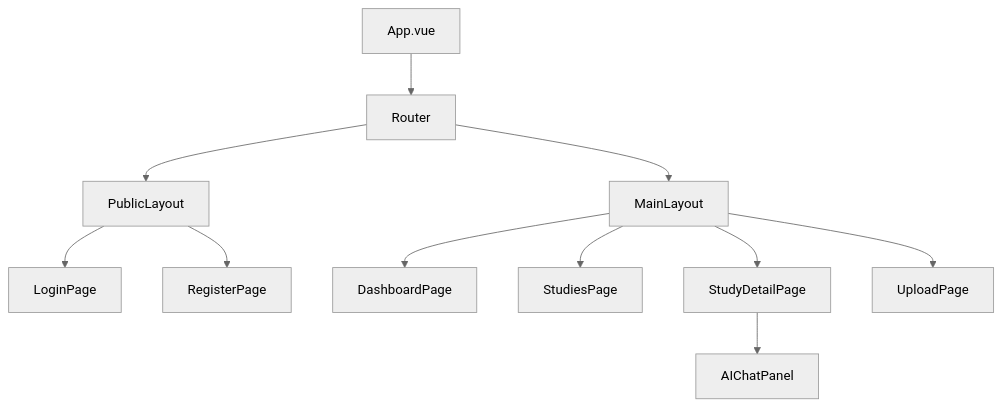
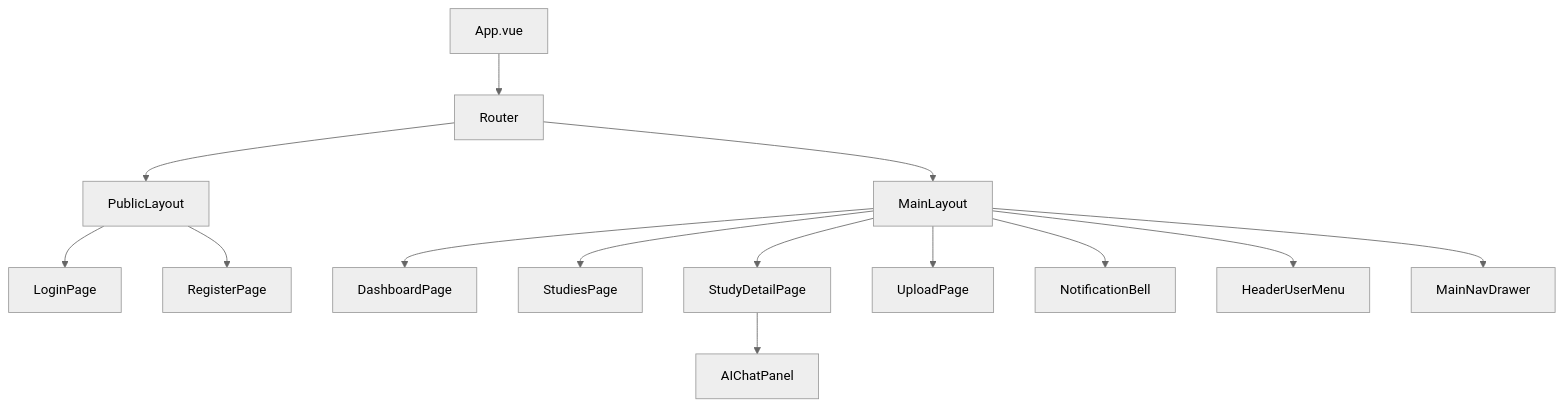
Before and after one commit to xingranya/CervixDetectAI: the first of 4 diagrams in wiki/前端架构/前端架构.md, drawn with Mermaid (neutral theme). The commit also changed other lines of this file and 7 other files, not shown here.

````diff
--- a/wiki/前端架构/前端架构.md
+++ b/wiki/前端架构/前端架构.md
@@ -69,13 +85,16 @@
 ```mermaid
 graph TD
 A[App.vue] --> B[Router]
 B --> C[PublicLayout]
 B --> D[MainLayout]
 C --> E[LoginPage]
 C --> F[RegisterPage]
 D --> G[DashboardPage]
 D --> H[StudiesPage]
 D --> I[StudyDetailPage]
 D --> J[UploadPage]
+ D --> L[NotificationBell]
+ D --> M[HeaderUserMenu]
+ D --> N[MainNavDrawer]
 I --> K[AIChatPanel]
 ```
````
